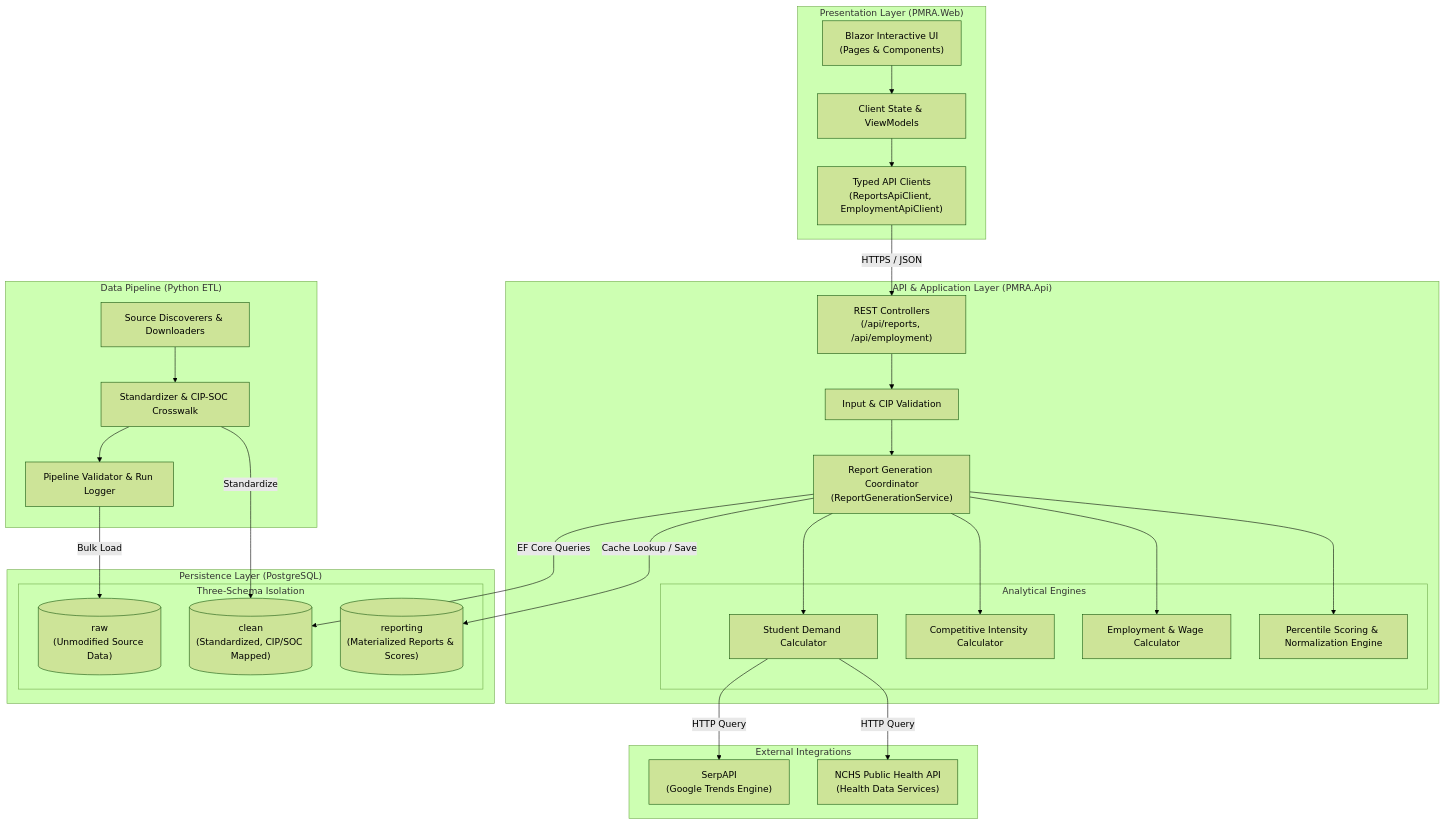
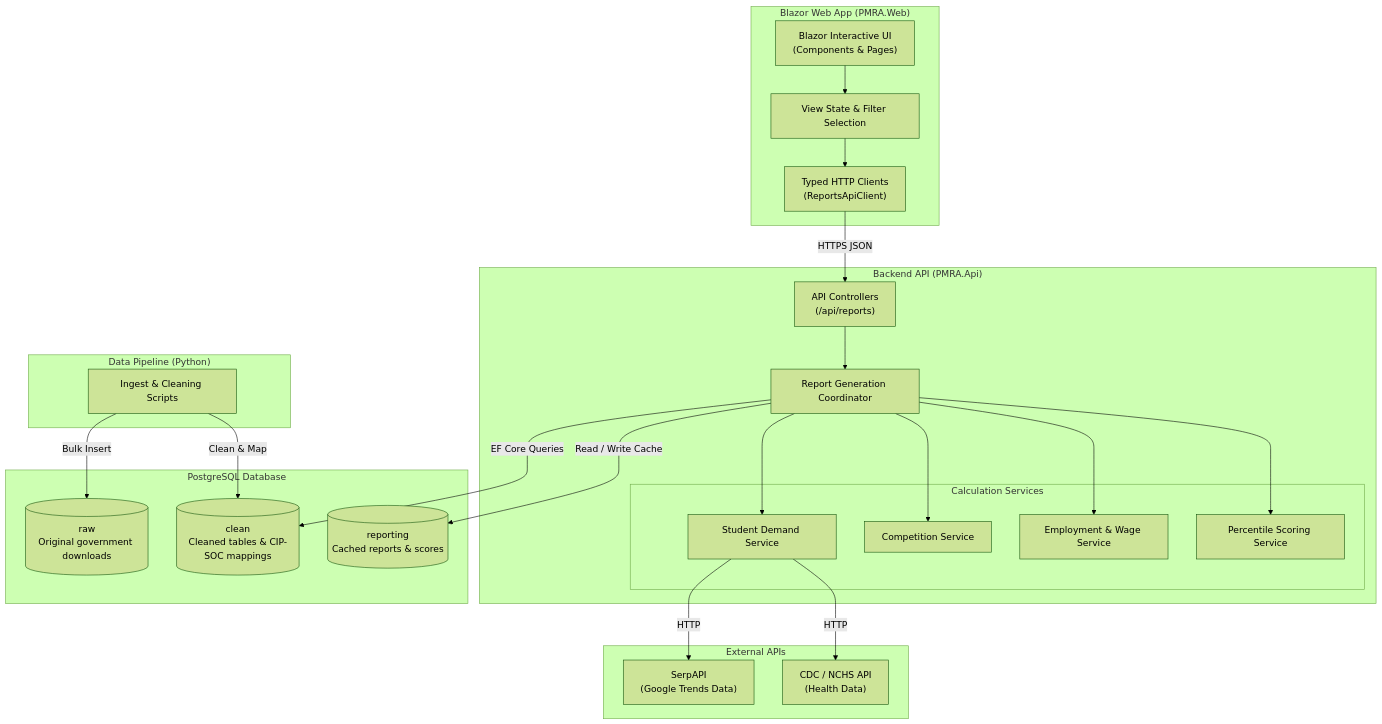
Before and after one commit to liams04/PMRA-Portfolio: the first of 2 diagrams in docs/architecture.md, drawn with Mermaid (forest theme). The commit also changed other lines of this file and 11 other files, not shown here.

````diff
--- a/docs/architecture.md
+++ b/docs/architecture.md
@@ -7,61 +7,50 @@
 ```mermaid
 flowchart TD
-    subgraph Client["Presentation Layer (PMRA.Web)"]
-        UI["Blazor Interactive UI<br/>(Pages & Components)"]
-        State["Client State & ViewModels"]
-        HttpClients["Typed API Clients<br/>(ReportsApiClient, EmploymentApiClient)"]
-        UI --> State
-        State --> HttpClients
+    subgraph Frontend["Blazor Web App (PMRA.Web)"]
+        UI["Blazor Interactive UI<br/>(Components & Pages)"]
+        State["View State & Filter Selection"]
+        HttpClients["Typed HTTP Clients<br/>(ReportsApiClient)"]
+        UI --> State --> HttpClients
     end
 
-    subgraph Backend["API & Application Layer (PMRA.Api)"]
-        API["REST Controllers<br/>(/api/reports, /api/employment)"]
-        Validation["Input & CIP Validation"]
-        RepGen["Report Generation Coordinator<br/>(ReportGenerationService)"]
+    subgraph Backend["Backend API (PMRA.Api)"]
+        API["API Controllers<br/>(/api/reports)"]
+        RepGen["Report Generation Coordinator"]
         
-        subgraph CalculationEngines["Analytical Engines"]
-            DemandEngine["Student Demand Calculator"]
-            CompEngine["Competitive Intensity Calculator"]
-            EmpEngine["Employment & Wage Calculator"]
-            ScoringEngine["Percentile Scoring & Normalization Engine"]
+        subgraph Services["Calculation Services"]
+            Demand["Student Demand Service"]
+            Comp["Competition Service"]
+            Emp["Employment & Wage Service"]
+            Scoring["Percentile Scoring Service"]
         end
 
-        API --> Validation
-        Validation --> RepGen
-        RepGen --> DemandEngine
-        RepGen --> CompEngine
-        RepGen --> EmpEngine
-        RepGen --> ScoringEngine
+        API --> RepGen
+        RepGen --> Demand & Comp & Emp & Scoring
     end
 
-    subgraph External["External Integrations"]
-        SerpApi["SerpAPI<br/>(Google Trends Engine)"]
-        NCHS["NCHS Public Health API<br/>(Health Data Services)"]
+    subgraph External["External APIs"]
+        SerpApi["SerpAPI<br/>(Google Trends Data)"]
+        NCHS["CDC / NCHS API<br/>(Health Data)"]
     end
 
-    subgraph Database["Persistence Layer (PostgreSQL)"]
-        subgraph Schemas["Three-Schema Isolation"]
-            RawSchema[("raw<br/>(Unmodified Source Data)")]
-            CleanSchema[("clean<br/>(Standardized, CIP/SOC Mapped)")]
-            ReportSchema[("reporting<br/>(Materialized Reports & Scores)")]
-        end
+    subgraph Database["PostgreSQL Database"]
+        RawSchema[("raw<br/>Original government downloads")]
+        CleanSchema[("clean<br/>Cleaned tables & CIP-SOC mappings")]
+        ReportSchema[("reporting<br/>Cached reports & scores")]
     end
 
-    subgraph Pipeline["Data Pipeline (Python ETL)"]
-        Extract["Source Discoverers & Downloaders"]
-        Transform["Standardizer & CIP-SOC Crosswalk"]
-        Validate["Pipeline Validator & Run Logger"]
-        Extract --> Transform --> Validate
+    subgraph Pipeline["Data Pipeline (Python)"]
+        ETL["Ingest & Cleaning Scripts"]
     end
 
-    %% Communications
-    HttpClients -->|HTTPS / JSON| API
-    DemandEngine -->|HTTP Query| SerpApi
-    DemandEngine -->|HTTP Query| NCHS
+    %% Connections
+    HttpClients -->|HTTPS JSON| API
+    Demand -->|HTTP| SerpApi
+    Demand -->|HTTP| NCHS
     
     RepGen -->|EF Core Queries| CleanSchema
-    RepGen -->|Cache Lookup / Save| ReportSchema
+    RepGen -->|Read / Write Cache| ReportSchema
     
-    Validate -->|Bulk Load| RawSchema
-    Transform -->|Standardize| CleanSchema
+    ETL -->|Bulk Insert| RawSchema
+    ETL -->|Clean & Map| CleanSchema
 ```
````
